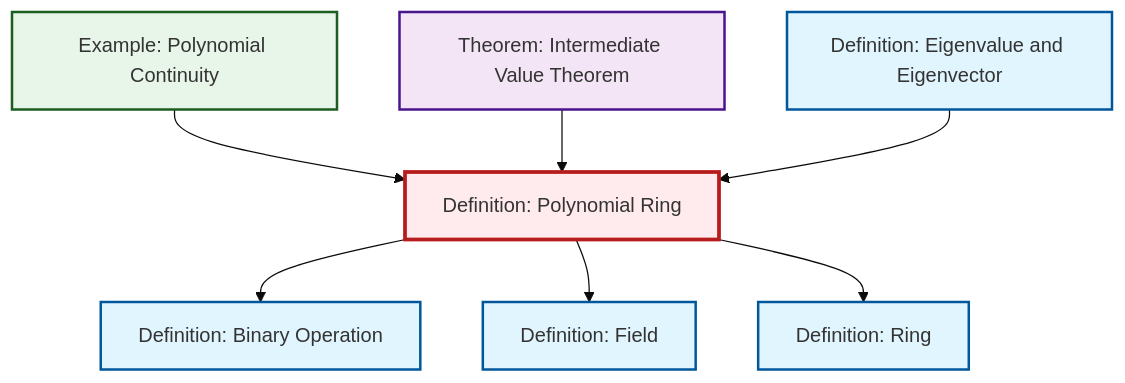
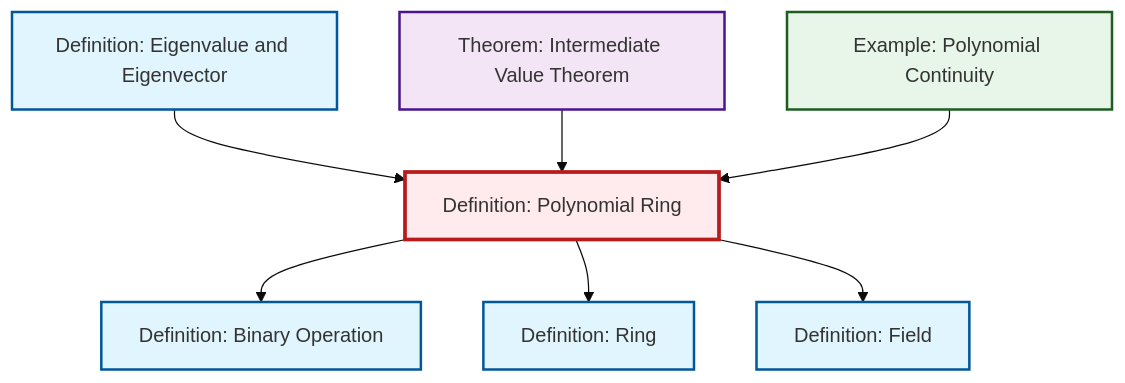
The diagram in content/ja/algebra/def-polynomial-ring.qmd (RK0429/ModernMath), drawn with Mermaid (base theme) before and after one commit. The commit also changed other lines of this file and 615 other files, not shown here.

````diff
--- a/content/ja/algebra/def-polynomial-ring.qmd
+++ b/content/ja/algebra/def-polynomial-ring.qmd
@@ -94,29 +94,29 @@
 ```{mermaid}
 %%| fig-cap: "Local dependency graph"
 graph TD
     classDef definition fill:#e1f5fe,stroke:#01579b,stroke-width:2px
     classDef theorem fill:#f3e5f5,stroke:#4a148c,stroke-width:2px
     classDef axiom fill:#fff3e0,stroke:#e65100,stroke-width:2px
     classDef example fill:#e8f5e9,stroke:#1b5e20,stroke-width:2px
     classDef current fill:#ffebee,stroke:#b71c1c,stroke-width:3px
+    def-polynomial-ring["Definition: Polynomial Ring"]:::definition
+    thm-intermediate-value["Theorem: Intermediate Value Theorem"]:::theorem
+    def-binary-operation["Definition: Binary Operation"]:::definition
+    def-field["Definition: Field"]:::definition
     ex-polynomial-continuity["Example: Polynomial Continuity"]:::example
-    def-field["Definition: Field"]:::definition
-    def-polynomial-ring["Definition: Polynomial Ring"]:::definition
     def-ring["Definition: Ring"]:::definition
-    thm-intermediate-value["Theorem: Intermediate Value Theorem"]:::theorem
     def-eigenvalue-eigenvector["Definition: Eigenvalue and Eigenvector"]:::definition
-    def-binary-operation["Definition: Binary Operation"]:::definition
+    def-eigenvalue-eigenvector --> def-polynomial-ring
     def-polynomial-ring --> def-binary-operation
+    thm-intermediate-value --> def-polynomial-ring
+    def-polynomial-ring --> def-ring
+    def-polynomial-ring --> def-field
     ex-polynomial-continuity --> def-polynomial-ring
-    def-polynomial-ring --> def-field
-    thm-intermediate-value --> def-polynomial-ring
-    def-eigenvalue-eigenvector --> def-polynomial-ring
-    def-polynomial-ring --> def-ring
     class def-polynomial-ring current
+    click thm-intermediate-value "thm-intermediate-value.html" "Theorem: Intermediate Value Theoremへ"
+    click def-binary-operation "def-binary-operation.html" "Definition: Binary Operationへ"
+    click def-field "def-field.html" "Definition: Fieldへ"
     click ex-polynomial-continuity "ex-polynomial-continuity.html" "Example: Polynomial Continuityへ"
-    click def-field "def-field.html" "Definition: Fieldへ"
     click def-ring "def-ring.html" "Definition: Ringへ"
-    click thm-intermediate-value "thm-intermediate-value.html" "Theorem: Intermediate Value Theoremへ"
     click def-eigenvalue-eigenvector "def-eigenvalue-eigenvector.html" "Definition: Eigenvalue and Eigenvectorへ"
-    click def-binary-operation "def-binary-operation.html" "Definition: Binary Operationへ"
 ```
````
